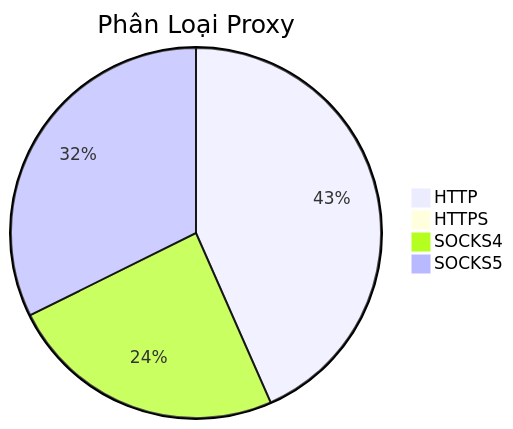
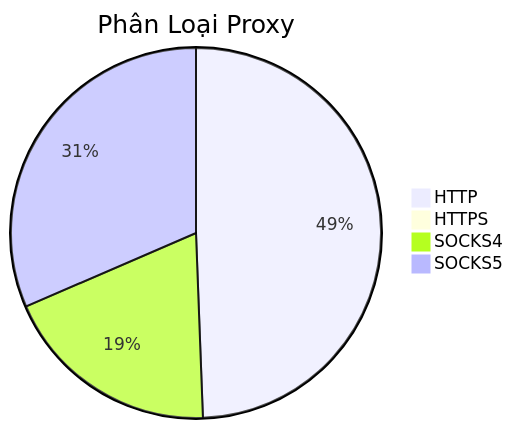
Before and after one commit to Ciara-12/PROXY-free: the diagram in README.md, drawn with Mermaid. The commit also changed other lines of this file and 4 other files, not shown here.

````diff
--- a/README.md
+++ b/README.md
@@ -26,7 +26,7 @@
 ```mermaid
 pie title Phân Loại Proxy
-    "HTTP" : 588
-    "HTTPS" : 0
-    "SOCKS4" : 329
-    "SOCKS5" : 438
+    "HTTP" : 786
+    "HTTPS" : 2
+    "SOCKS4" : 304
+    "SOCKS5" : 501
 ```
````
